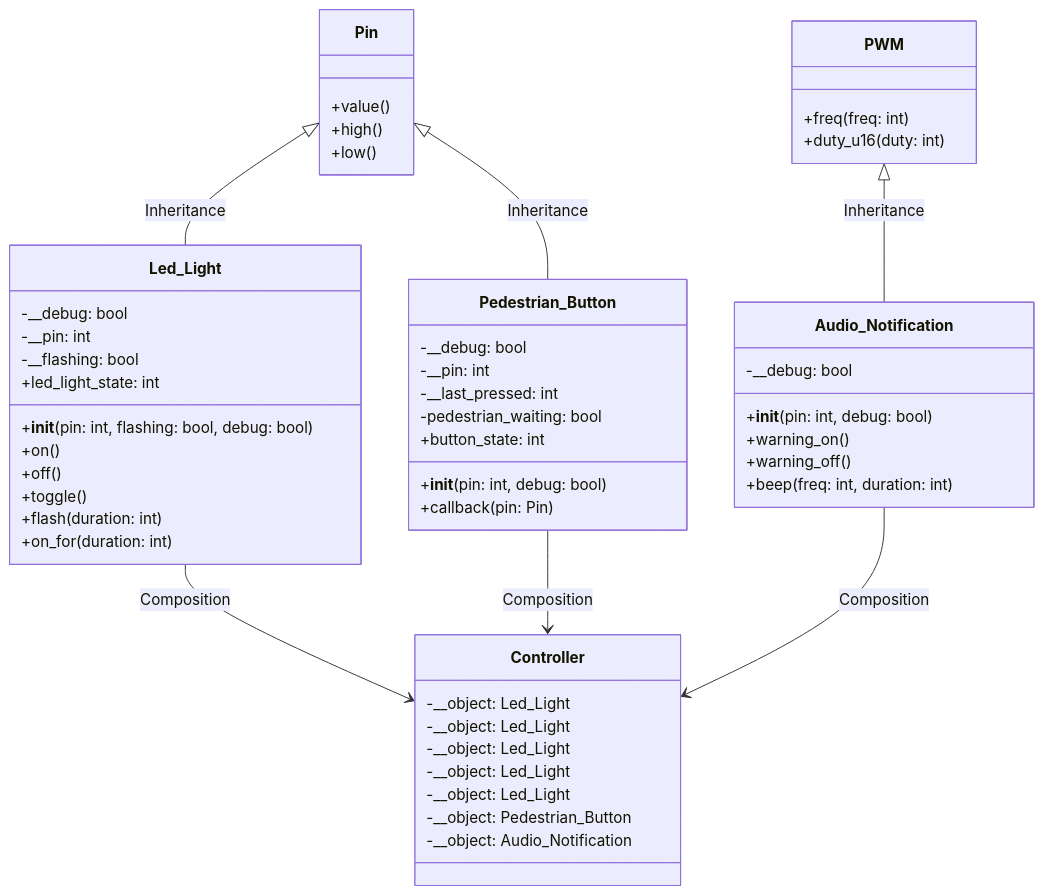
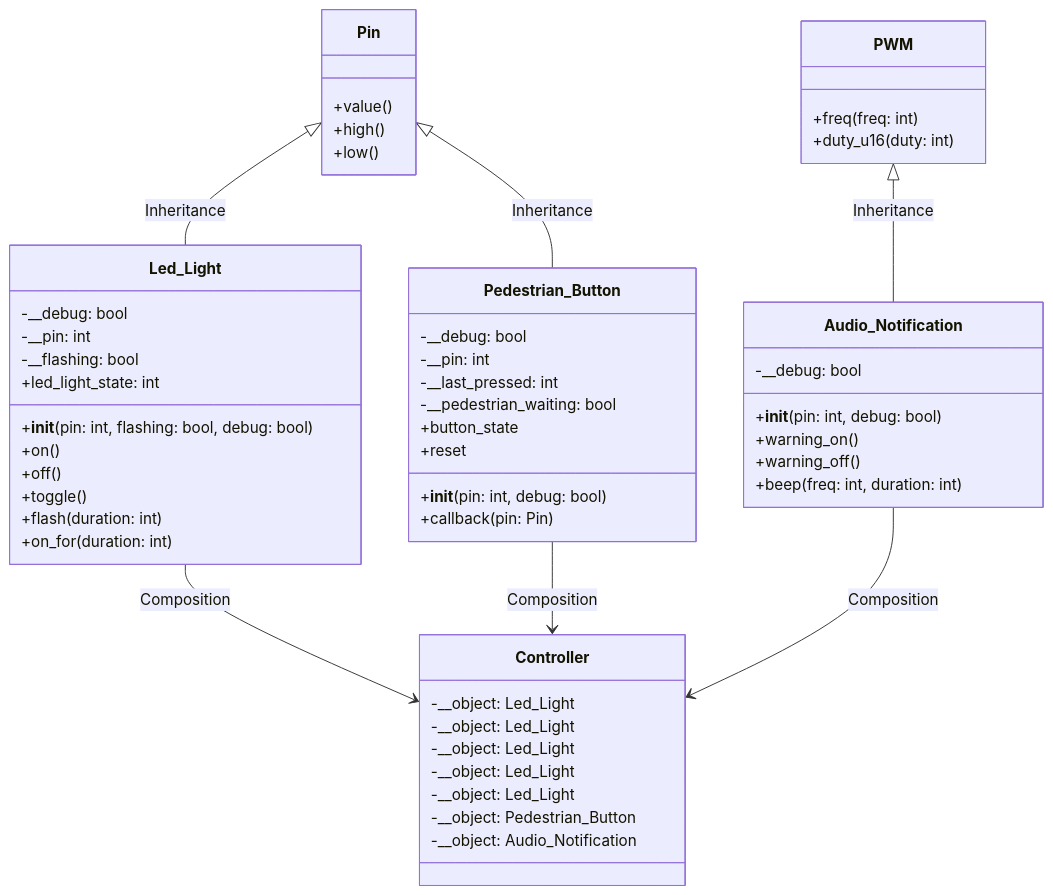
One commit to TempeHS/MicroPython_OOP_Pi_Pico_Mini_Project_Source changed the diagram in README.md. Above: the diagram before and after it, drawn with Mermaid. The commit also changed 7 other files, not shown here.

````diff
--- a/README.md
+++ b/README.md
@@ -96,62 +96,63 @@
 ```mermaid
 classDiagram
     class Pin {
         +value()
         +high()
         +low()
     }
 
     class PWM {
         +freq(freq: int)
         +duty_u16(duty: int)
     }
 
     class Audio_Notification {
         -__debug: bool
         +__init__(pin: int, debug: bool)
         +warning_on()
         +warning_off()
         +beep(freq: int, duration: int)
     }
     PWM <|-- Audio_Notification : Inheritance
 
     class Led_Light {
         -__debug: bool
         -__pin: int
         -__flashing: bool
         +__init__(pin: int, flashing: bool, debug: bool)
         +on()
         +off()
         +toggle()
         +flash(duration: int)
         +on_for(duration: int)
         +led_light_state: int
     }
     Pin <|-- Led_Light : Inheritance
 
     class Pedestrian_Button {
         -__debug: bool
         -__pin: int
         -__last_pressed: int
-        -pedestrian_waiting: bool
+        -__pedestrian_waiting: bool
         +__init__(pin: int, debug: bool)
         +callback(pin: Pin)
-        +button_state: int
+        +button_state
+        +reset
     }
     Pin <|-- Pedestrian_Button : Inheritance
 
     class Controller {
         -__object: Led_Light
         -__object: Led_Light
         -__object: Led_Light
         -__object: Led_Light
         -__object: Led_Light
         -__object: Pedestrian_Button
         -__object: Audio_Notification
     }
 
     Led_Light --> Controller : Composition
     Audio_Notification --> Controller : Composition
     Pedestrian_Button --> Controller : Composition
 
 ```
````
